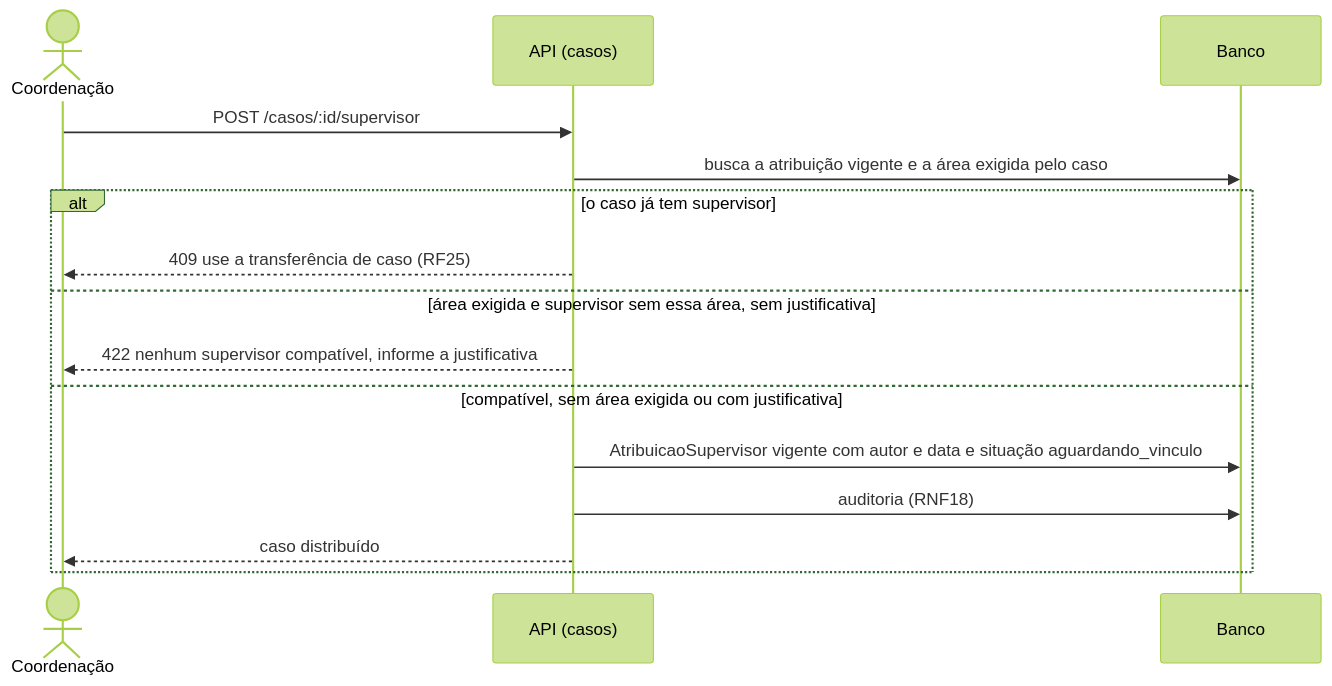
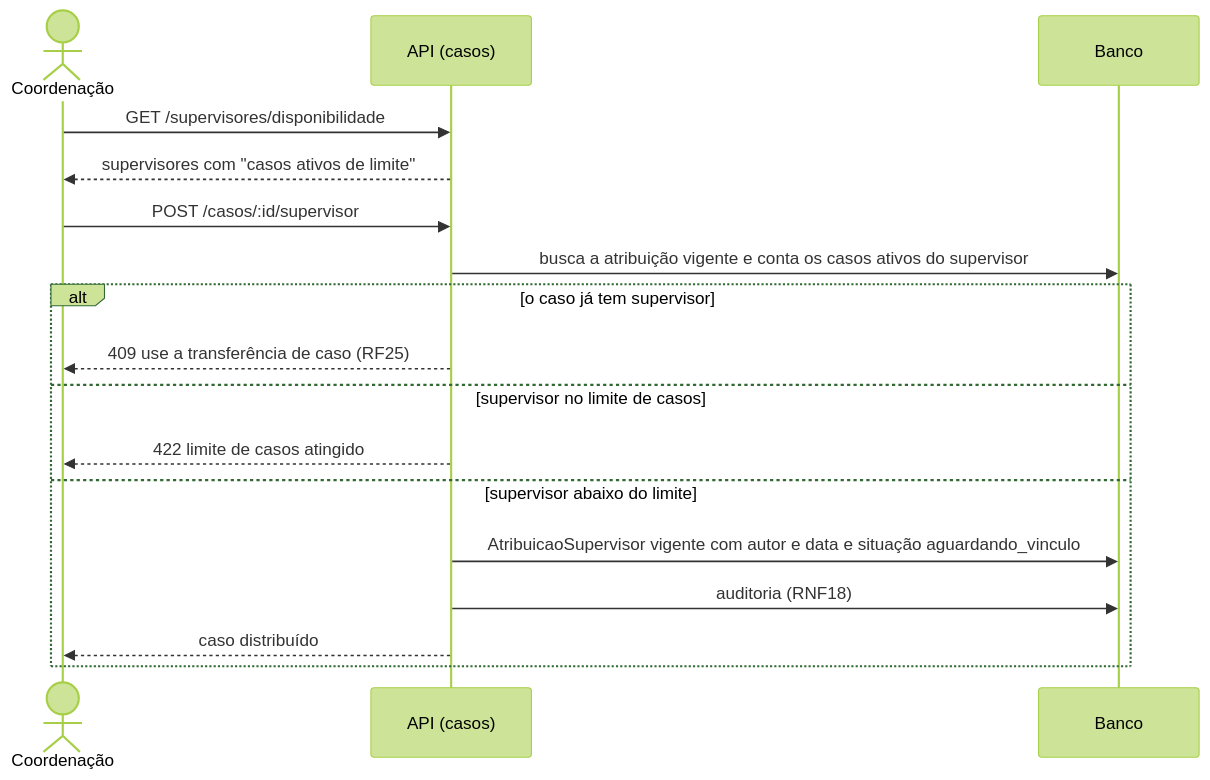
Before and after one commit to mdsreq-fga-unb/REQ-2026.2-T02-ClinicaEscolaFBr: diagram 11 of 13 in documentacao/docs/unidade-3/projeto-features-ciclo-3.md, drawn with Mermaid (forest theme). The commit also changed other lines of this file and 16 other files, not shown here.

````diff
--- a/documentacao/docs/unidade-3/projeto-features-ciclo-3.md
+++ b/documentacao/docs/unidade-3/projeto-features-ciclo-3.md
@@ -485,17 +460,19 @@
 ```mermaid
 sequenceDiagram
     actor C as Coordenação
     participant A as API (casos)
     participant DB as Banco
+    C->>A: GET /supervisores/disponibilidade
+    A-->>C: supervisores com "casos ativos de limite"
     C->>A: POST /casos/:id/supervisor
-    A->>DB: busca a atribuição vigente e a área exigida pelo caso
+    A->>DB: busca a atribuição vigente e conta os casos ativos do supervisor
     alt o caso já tem supervisor
         A-->>C: 409 use a transferência de caso (RF25)
-    else área exigida e supervisor sem essa área, sem justificativa
-        A-->>C: 422 nenhum supervisor compatível, informe a justificativa
-    else compatível, sem área exigida ou com justificativa
+    else supervisor no limite de casos
+        A-->>C: 422 limite de casos atingido
+    else supervisor abaixo do limite
         A->>DB: AtribuicaoSupervisor vigente com autor e data e situação aguardando_vinculo
         A->>DB: auditoria (RNF18)
         A-->>C: caso distribuído
     end
 ```
````
